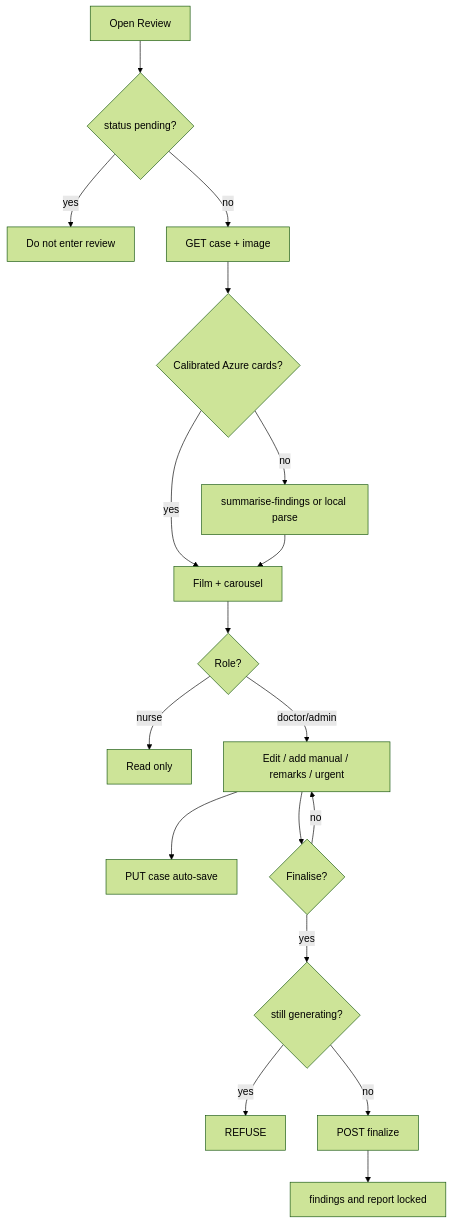
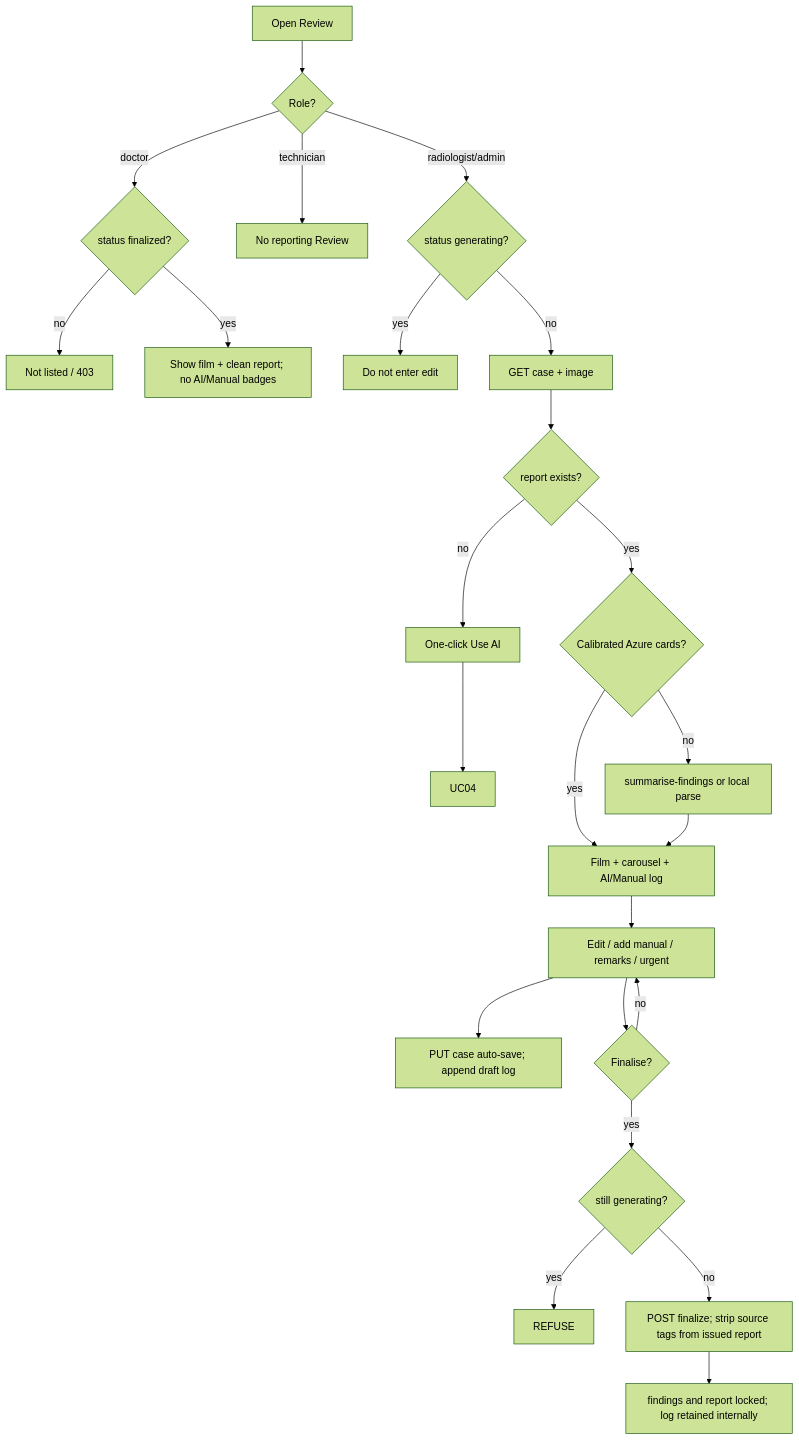
The fourth of 7 diagrams in docs/fyp-project-plan-and-initial-analysis.md (23226609/Radassist), drawn with Mermaid (forest theme) before and after one commit. The commit also changed other lines of this file and 53 other files, not shown here.

First line of the commit message:
Split capture, reporting, and signed-report reading into separate roles, and restyle the app to the CMS inpatient layout.

````diff
--- a/docs/fyp-project-plan-and-initial-analysis.md
+++ b/docs/fyp-project-plan-and-initial-analysis.md
@@ -578,20 +606,26 @@
 ```mermaid
 flowchart TD
-  O[Open Review] --> G{status pending?}
-  G -->|yes| BLOCK[Do not enter review]
+  O[Open Review] --> ROLE{Role?}
+  ROLE -->|doctor| FINONLY{status finalized?}
+  FINONLY -->|no| HIDE[Not listed / 403]
+  FINONLY -->|yes| CLEAN[Show film + clean report; no AI/Manual badges]
+  ROLE -->|technician| TECH[No reporting Review]
+  ROLE -->|radiologist/admin| G{status generating?}
+  G -->|yes| BLOCK[Do not enter edit]
   G -->|no| LOAD[GET case + image]
-  LOAD --> CARDS{Calibrated Azure cards?}
+  LOAD --> NEEDAI{report exists?}
+  NEEDAI -->|no| CLICK[One-click Use AI]
+  CLICK --> UC04[UC04]
+  NEEDAI -->|yes| CARDS{Calibrated Azure cards?}
   CARDS -->|no| SUM[summarise-findings or local parse]
-  CARDS -->|yes| SHOW[Film + carousel]
+  CARDS -->|yes| SHOW[Film + carousel + AI/Manual log]
   SUM --> SHOW
-  SHOW --> ROLE{Role?}
-  ROLE -->|nurse| RO[Read only]
-  ROLE -->|doctor/admin| ED[Edit / add manual / remarks / urgent]
-  ED --> SV[PUT case auto-save]
+  SHOW --> ED[Edit / add manual / remarks / urgent]
+  ED --> SV[PUT case auto-save; append draft log]
   ED --> FIN{Finalise?}
   FIN -->|no| ED
   FIN -->|yes| LOCK{still generating?}
   LOCK -->|yes| REFUSE
-  LOCK -->|no| FOK[POST finalize]
-  FOK --> DONE[findings and report locked]
+  LOCK -->|no| FOK[POST finalize; strip source tags from issued report]
+  FOK --> DONE[findings and report locked; log retained internally]
 ```
````
